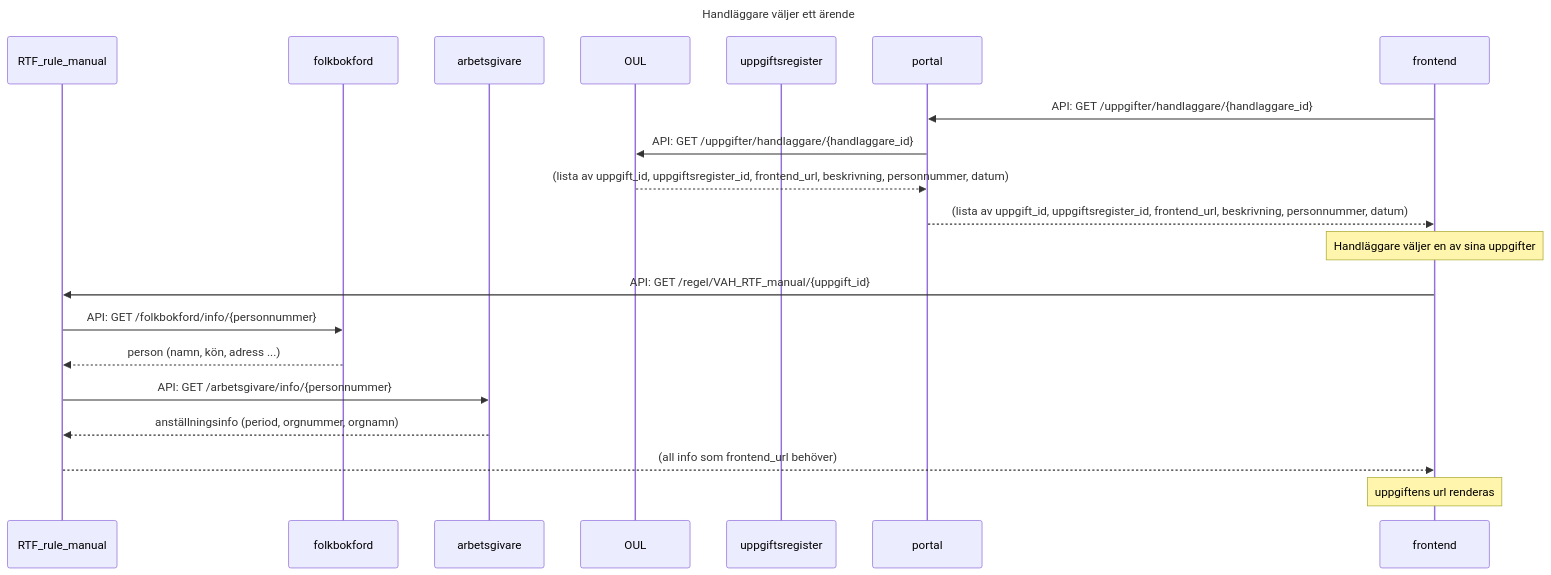
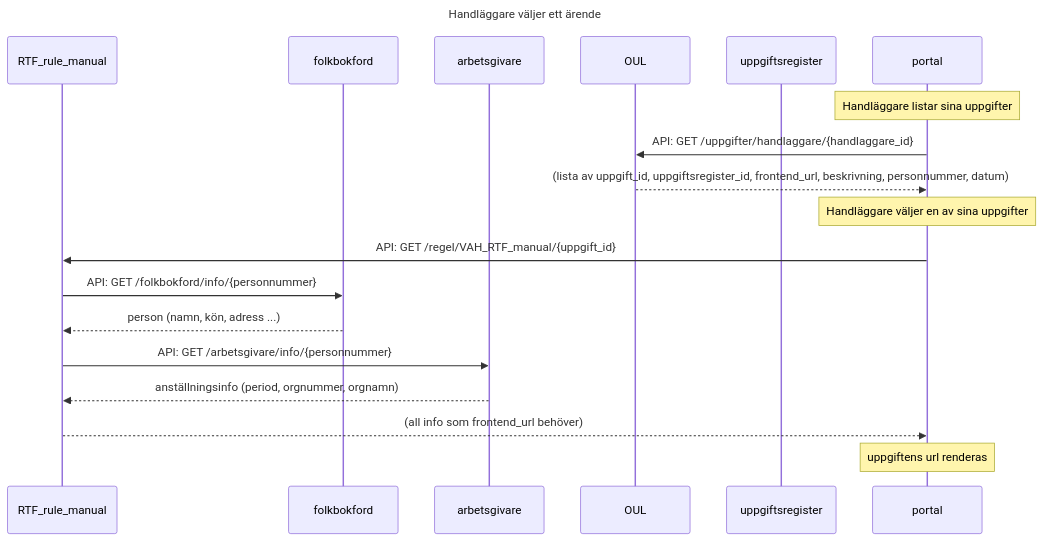
Before and after one commit to Forsakringskassan/rimfrost: the diagram in sequences/handlaggare_lista_arenden.mmd, drawn with Mermaid. The commit also changed 1 other file, not shown here.

Commit message:
fix: Skippar frontend-actor (ersätts helt av portal i sekvenserna)

```diff
--- a/sequences/handlaggare_lista_arenden.mmd
+++ b/sequences/handlaggare_lista_arenden.mmd
@@ -1,27 +1,25 @@
 sequenceDiagram
     title Handläggare väljer ett ärende
     participant RTF_rule_manual
     participant folkbokford
     participant arbetsgivare
     participant OUL
     participant uppgiftsregister
     participant portal
-    participant frontend
 
-    frontend ->> portal: API: GET /uppgifter/handlaggare/{handlaggare_id}
+    note over portal: Handläggare listar sina uppgifter
     portal ->> OUL: API: GET /uppgifter/handlaggare/{handlaggare_id}
     OUL -->> portal: (lista av uppgift_id, uppgiftsregister_id, frontend_url, beskrivning, personnummer, datum)
-    portal -->> frontend: (lista av uppgift_id, uppgiftsregister_id, frontend_url, beskrivning, personnummer, datum)
-    note over frontend: Handläggare väljer en av sina uppgifter
+    note over portal: Handläggare väljer en av sina uppgifter
 
 
-    frontend ->> RTF_rule_manual: API: GET /regel/VAH_RTF_manual/{uppgift_id}
+    portal ->> RTF_rule_manual: API: GET /regel/VAH_RTF_manual/{uppgift_id}
     RTF_rule_manual ->> folkbokford: API: GET /folkbokford/info/{personnummer}
     folkbokford -->> RTF_rule_manual: person (namn, kön, adress ...)
 
     RTF_rule_manual ->> arbetsgivare: API: GET /arbetsgivare/info/{personnummer}
     arbetsgivare -->> RTF_rule_manual: anställningsinfo (period, orgnummer, orgnamn)
 
-    RTF_rule_manual -->> frontend: (all info som frontend_url behöver)
+    RTF_rule_manual -->> portal: (all info som frontend_url behöver)
 
-    note over frontend: uppgiftens url renderas
+    note over portal: uppgiftens url renderas
```
